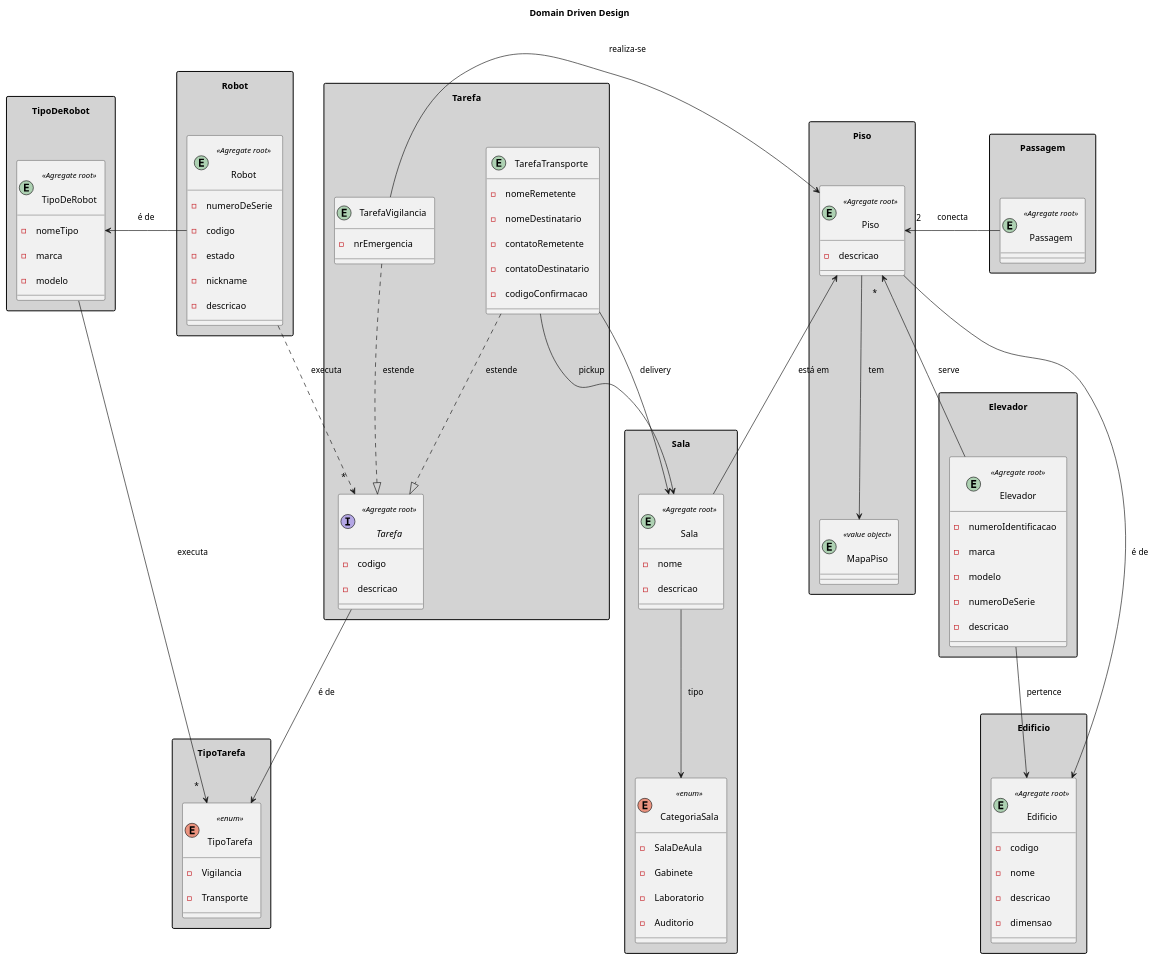
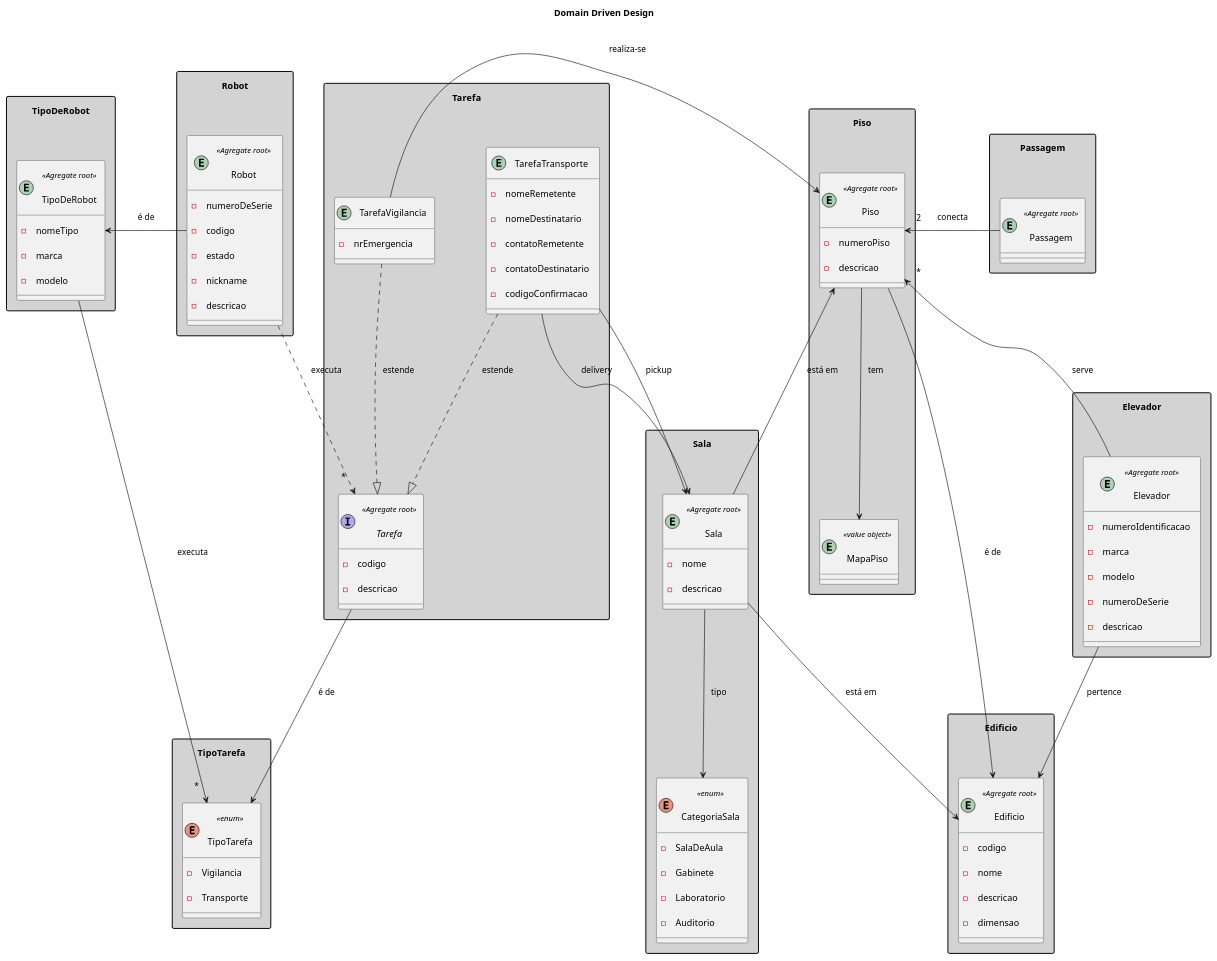
The diagram in docs/domainModel/pt/ddd.puml (rpeir/LAPR5), drawn with PlantUML before and after one commit. The commit also changed 27 other files, not shown here.

```diff
--- a/docs/domainModel/pt/ddd.puml
+++ b/docs/domainModel/pt/ddd.puml
@@ -1,140 +1,142 @@
 @startuml Domain Driven Design
 
 title "Domain Driven Design"
 ' left to right direction
 ' top to bottom direction
 skinparam Padding 10
 skinparam Nodesep 80
 skinparam ranksep 100
 skinparam groupInheritance 1
 ' skinparam linetype ortho
 skinparam separation 1000
 skinparam NoteBackgroundColor #A9A9A9
 skinparam PackageStyle rectangle
 skinparam package {
     BackgroundColor #D3D3D3
     FontStyle bold
 }
 
 ' hide circle
 ' hide methods
 
 package Robot {
     entity Robot <<Agregate root>>{
         -numeroDeSerie
         -codigo
         -estado
         -nickname
         -descricao
     }
 }
 
 package TipoDeRobot {
     entity TipoDeRobot <<Agregate root>> {
         - nomeTipo
         - marca
         - modelo
     }
 
 }
 package TipoTarefa {
     enum TipoTarefa <<enum>> {
         -Vigilancia
         -Transporte
     }
 }
 
 package Tarefa {
     interface Tarefa <<Agregate root>>{
         - codigo
         - descricao
 
     }
 
     entity TarefaVigilancia {
         - nrEmergencia
     }
     entity TarefaTransporte {
         - nomeRemetente
         - nomeDestinatario
         - contatoRemetente
         - contatoDestinatario
         - codigoConfirmacao
     }
 }
 
 package Edificio{
     entity Edificio <<Agregate root>>{
         - codigo
         - nome
         - descricao
         - dimensao
     }
 }
 
 package Piso{
     entity Piso <<Agregate root>> {
+        - numeroPiso
         - descricao
     }
 
     entity MapaPiso <<value object>>
 
 }
 
 package Elevador {
     entity Elevador <<Agregate root>> {
         - numeroIdentificacao
         - marca
         - modelo
         - numeroDeSerie
         - descricao
       }
 }
 
 package Sala{
     Entity Sala <<Agregate root>> {
         - nome
         - descricao
     }
 
     enum CategoriaSala <<enum>>{
             - SalaDeAula
             - Gabinete
             - Laboratorio
             - Auditorio
     }
 }
 
 package Passagem{
     entity Passagem <<Agregate root>>{
     }
 }
 
 Tarefa.TarefaVigilancia ..|> Tarefa.Tarefa: estende
 Tarefa.TarefaTransporte ..|> Tarefa.Tarefa: estende
 
 Sala.Sala --> CategoriaSala: tipo
+Sala.Sala --> Edificio.Edificio : está em
 
 TipoDeRobot.TipoDeRobot --> "*" TipoTarefa.TipoTarefa: executa
 
 Piso.Piso --> Edificio.Edificio: é de
 Piso.Piso "*" <-- Elevador.Elevador : serve
 Piso.Piso <-- Sala.Sala: está em
 Piso.Piso --> Piso.MapaPiso: tem
 
 Elevador.Elevador --> Edificio.Edificio: pertence
 
 Tarefa.TarefaTransporte -> Sala.Sala: delivery
 Tarefa.TarefaTransporte -> Sala.Sala: pickup
 
 Tarefa.TarefaVigilancia -> Piso.Piso: realiza-se
 
 Passagem.Passagem -> "2" Piso.Piso: conecta
 
 Robot.Robot -> TipoDeRobot.TipoDeRobot : é de
 
 Tarefa.Tarefa --> TipoTarefa.TipoTarefa : é de
 
 Robot.Robot ..> "*" Tarefa.Tarefa : executa
 
 @enduml
```
